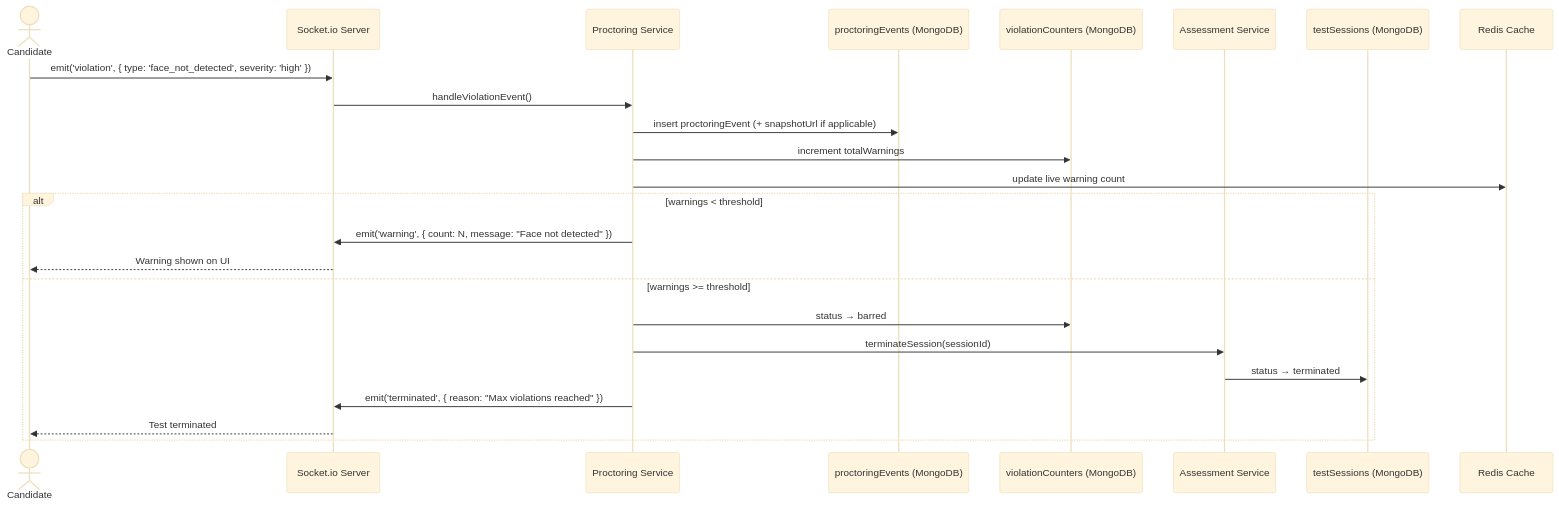
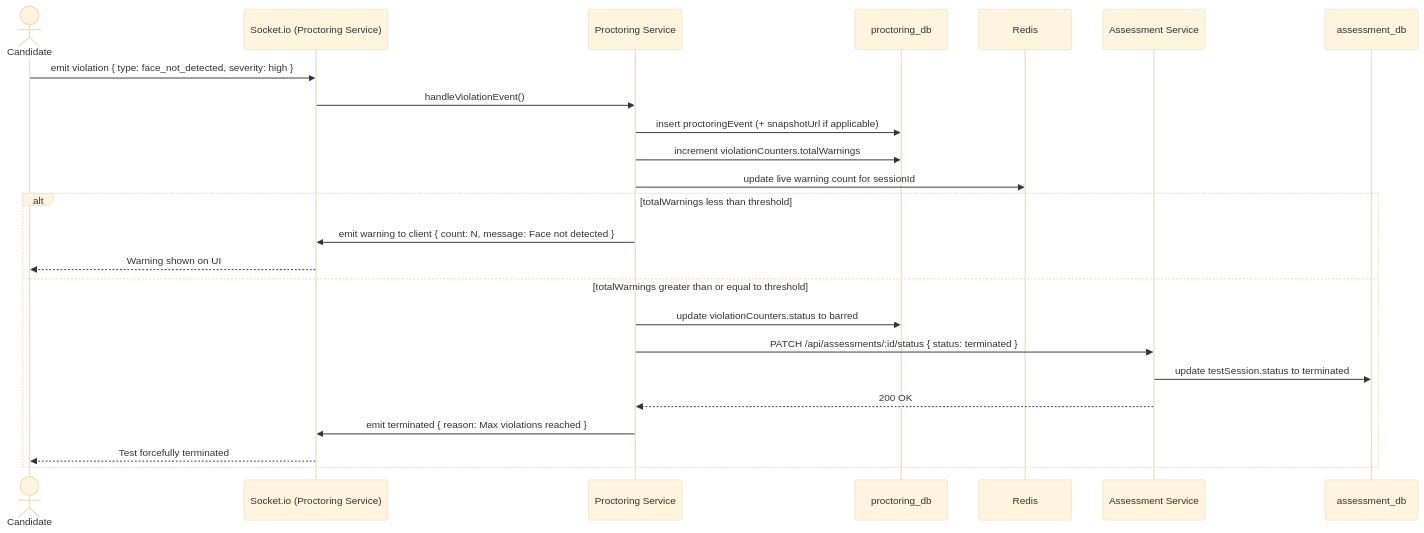
Before and after one commit to mishrabhi/placemux-assess: the fourth of 4 diagrams in docs/DATA_FLOW.md, drawn with Mermaid (base theme). The commit also changed other lines of this file and 35 other files, not shown here.

````diff
--- a/docs/DATA_FLOW.md
+++ b/docs/DATA_FLOW.md
@@ -205,28 +210,28 @@
 ```mermaid
 sequenceDiagram
     actor Candidate
-    participant SW as Socket.io Server
-    participant ProcSvc as Proctoring Service
-    participant ProcDB as proctoringEvents (MongoDB)
-    participant ViolDB as violationCounters (MongoDB)
-    participant AsmSvc as Assessment Service
-    participant AsmDB as testSessions (MongoDB)
-    participant Redis as Redis Cache
+    participant SW as Socket.io (Proctoring Service)
+    participant PS as Proctoring Service
+    participant ProcDB as proctoring_db
+    participant Redis as Redis
+    participant AMS as Assessment Service
+    participant AssDB as assessment_db
 
-    Candidate->>SW: emit('violation', { type: 'face_not_detected', severity: 'high' })
-    SW->>ProcSvc: handleViolationEvent()
-    ProcSvc->>ProcDB: insert proctoringEvent (+ snapshotUrl if applicable)
-    ProcSvc->>ViolDB: increment totalWarnings
-    ProcSvc->>Redis: update live warning count
+    Candidate->>SW: emit violation { type: face_not_detected, severity: high }
+    SW->>PS: handleViolationEvent()
+    PS->>ProcDB: insert proctoringEvent (+ snapshotUrl if applicable)
+    PS->>ProcDB: increment violationCounters.totalWarnings
+    PS->>Redis: update live warning count for sessionId
 
-    alt warnings < threshold
-        ProcSvc->>SW: emit('warning', { count: N, message: "Face not detected" })
+    alt totalWarnings less than threshold
+        PS->>SW: emit warning to client { count: N, message: Face not detected }
         SW-->>Candidate: Warning shown on UI
-    else warnings >= threshold
-        ProcSvc->>ViolDB: status → barred
-        ProcSvc->>AsmSvc: terminateSession(sessionId)
-        AsmSvc->>AsmDB: status → terminated
-        ProcSvc->>SW: emit('terminated', { reason: "Max violations reached" })
-        SW-->>Candidate: Test terminated
+    else totalWarnings greater than or equal to threshold
+        PS->>ProcDB: update violationCounters.status to barred
+        PS->>AMS: PATCH /api/assessments/:id/status { status: terminated }
+        AMS->>AssDB: update testSession.status to terminated
+        AMS-->>PS: 200 OK
+        PS->>SW: emit terminated { reason: Max violations reached }
+        SW-->>Candidate: Test forcefully terminated
     end
 ```
````
